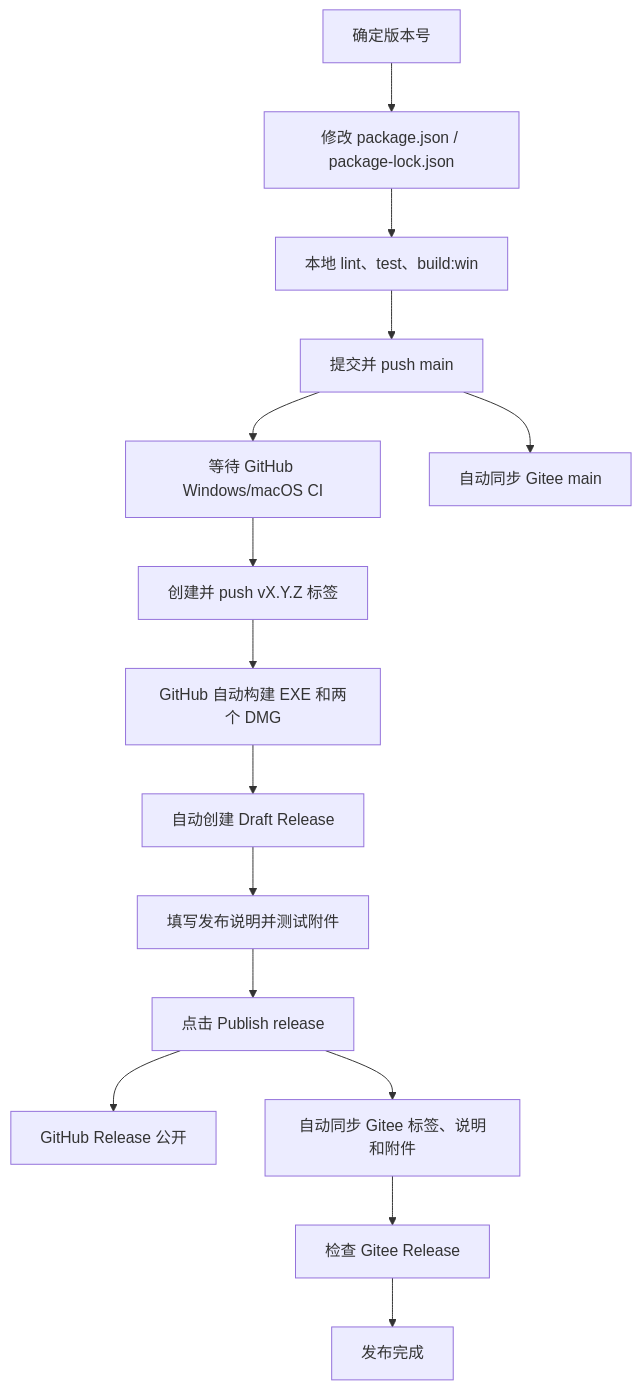
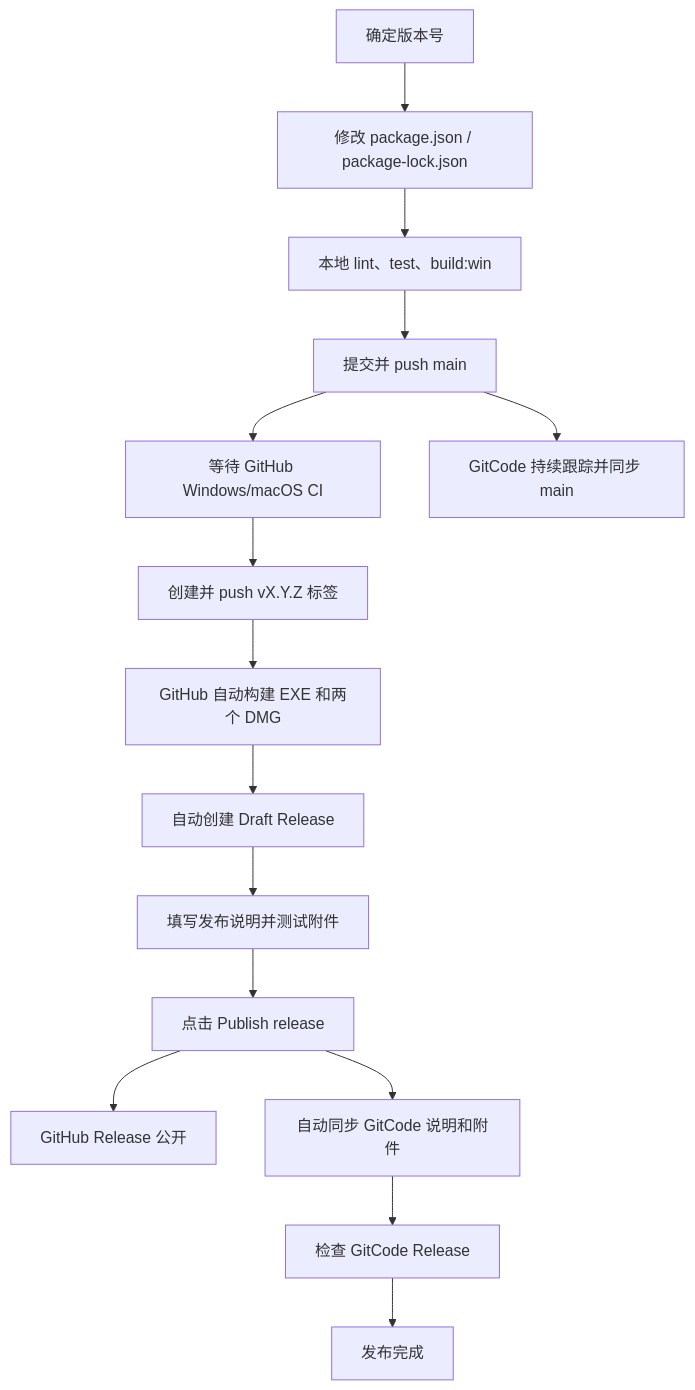
Before and after one commit to feimingabandon/abandon_note2: the diagram in docs/完整发布流程.md, drawn with Mermaid. The commit also changed other lines of this file and 13 other files, not shown here.

Commit message:
release: migrate mirrors to GitCode

````diff
--- a/docs/完整发布流程.md
+++ b/docs/完整发布流程.md
@@ -26,17 +26,17 @@
 ```mermaid
 flowchart TD
   A["确定版本号"] --> B["修改 package.json / package-lock.json"]
   B --> C["本地 lint、test、build:win"]
   C --> D["提交并 push main"]
   D --> E["等待 GitHub Windows/macOS CI"]
-  D --> F["自动同步 Gitee main"]
+  D --> F["GitCode 持续跟踪并同步 main"]
   E --> G["创建并 push vX.Y.Z 标签"]
   G --> H["GitHub 自动构建 EXE 和两个 DMG"]
   H --> I["自动创建 Draft Release"]
   I --> J["填写发布说明并测试附件"]
   J --> K["点击 Publish release"]
   K --> L["GitHub Release 公开"]
-  K --> M["自动同步 Gitee 标签、说明和附件"]
-  M --> N["检查 Gitee Release"]
+  K --> M["自动同步 GitCode 说明和附件"]
+  M --> N["检查 GitCode Release"]
   N --> O["发布完成"]
 ```
````
